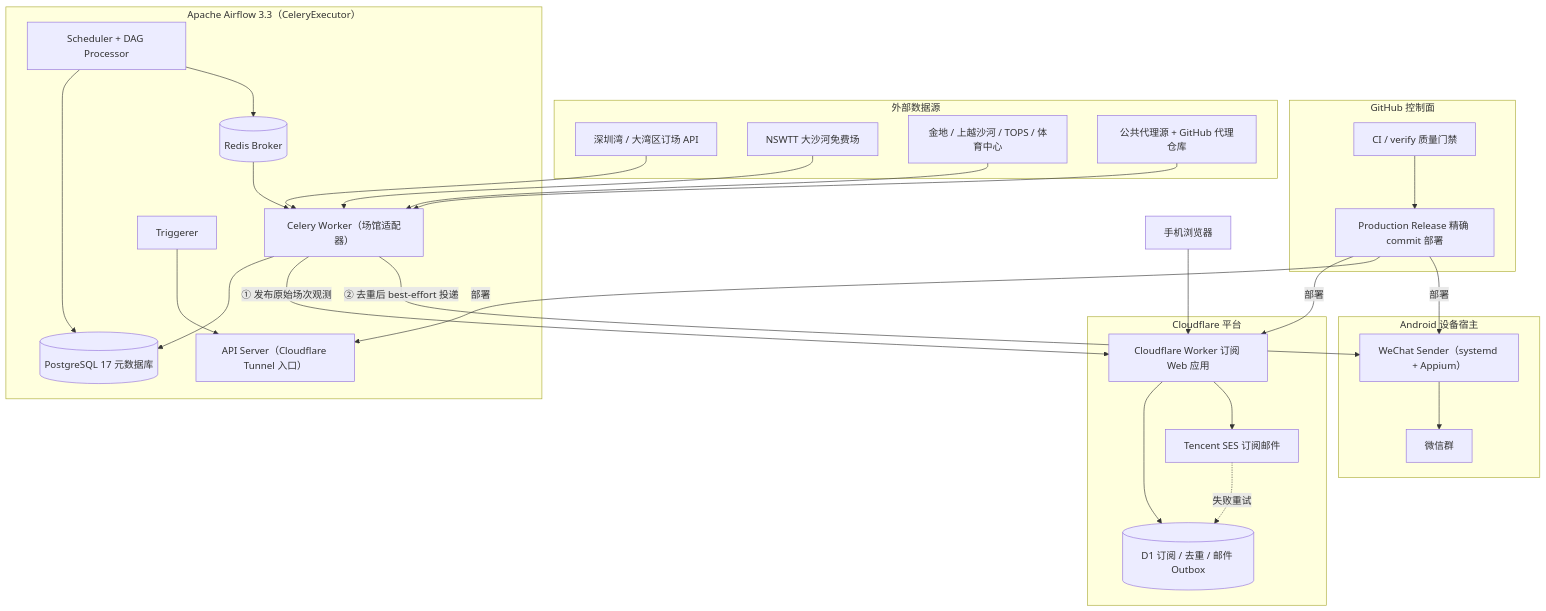
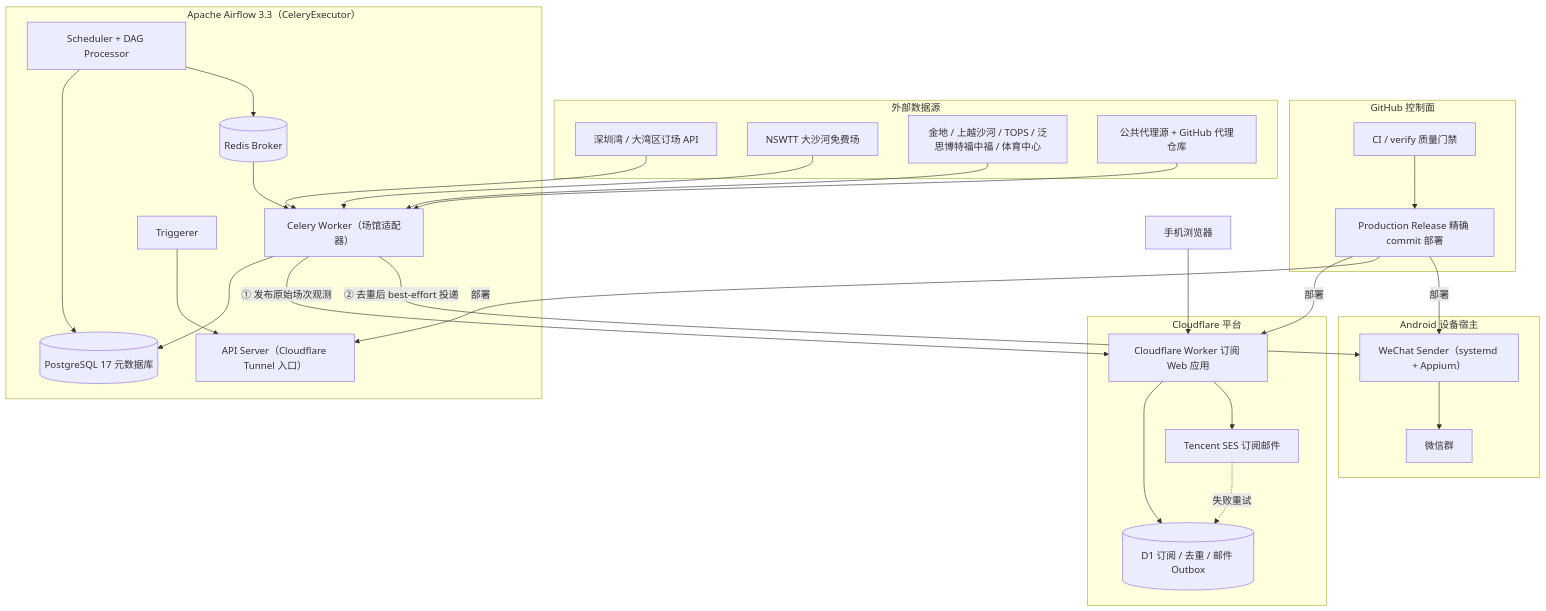
The diagram in README.md (claude89757/wechat-on-airflow), drawn with Mermaid before and after one commit. The commit also changed other lines of this file and 20 other files, not shown here.

````diff
--- a/README.md
+++ b/README.md
@@ -24,58 +24,58 @@
 ```mermaid
 flowchart TB
     subgraph control["GitHub 控制面"]
         CI["CI / verify 质量门禁"]
         Release["Production Release 精确 commit 部署"]
         CI --> Release
     end
 
     subgraph sources["外部数据源"]
         SZ["深圳湾 / 大湾区订场 API"]
         NSWTT["NSWTT 大沙河免费场"]
-        VENUES["金地 / 上越沙河 / TOPS / 体育中心"]
+        VENUES["金地 / 上越沙河 / TOPS / 泛思博特福中福 / 体育中心"]
         PROXY["公共代理源 + GitHub 代理仓库"]
     end
 
     subgraph airflow["Apache Airflow 3.3（CeleryExecutor）"]
         Scheduler["Scheduler + DAG Processor"]
         Worker["Celery Worker（场馆适配器）"]
         Triggerer["Triggerer"]
         DB[("PostgreSQL 17 元数据库")]
         Redis[("Redis Broker")]
         ApiSrv["API Server（Cloudflare Tunnel 入口）"]
         Scheduler --> DB
         Scheduler --> Redis
         Redis --> Worker
         Worker --> DB
         Triggerer --> ApiSrv
     end
 
     subgraph cf["Cloudflare 平台"]
         WebApp["Cloudflare Worker 订阅 Web 应用"]
         D1[("D1 订阅 / 去重 / 邮件 Outbox")]
         SES["Tencent SES 订阅邮件"]
         WebApp --> D1
         WebApp --> SES
         SES -. 失败重试 .-> D1
     end
 
     subgraph android["Android 设备宿主"]
         Sender["WeChat Sender（systemd + Appium）"]
         Chat["微信群"]
         Sender --> Chat
     end
 
     Browser["手机浏览器"] --> WebApp
 
     SZ --> Worker
     NSWTT --> Worker
     VENUES --> Worker
     PROXY --> Worker
 
     Worker -->|"① 发布原始场次观测"| WebApp
     Worker -->|"② 去重后 best-effort 投递"| Sender
 
     Release -->|"部署"| WebApp
     Release -->|"部署"| ApiSrv
     Release -->|"部署"| Sender
 ```
````
